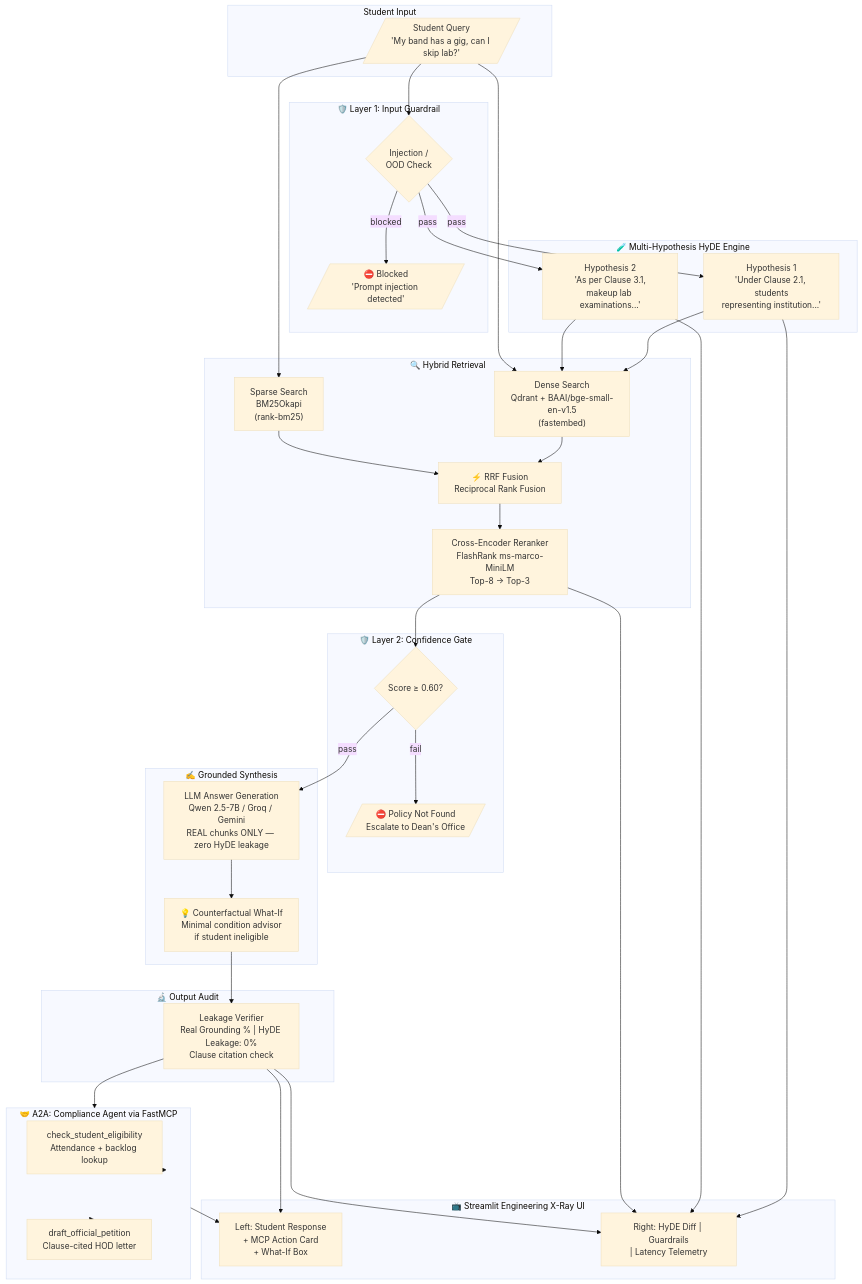
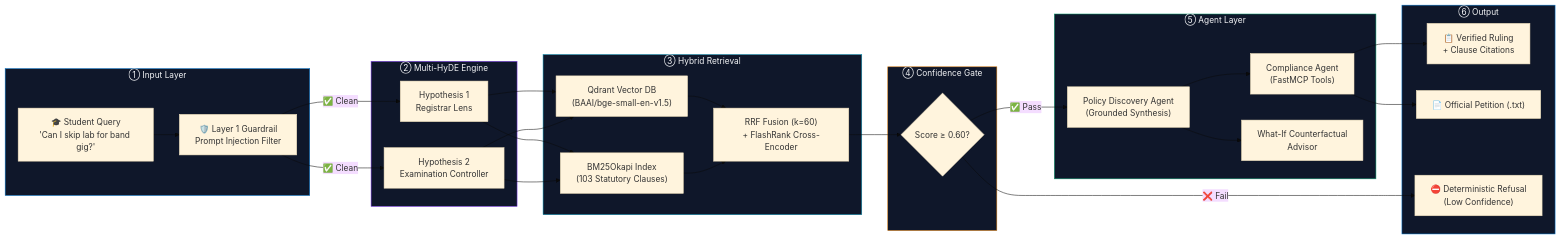
One commit to Sahitya3105/RIT-Campus-Policy-Discovery-Assistant changed the diagram in README.md. Above: the diagram before and after it, drawn with Mermaid (base theme). The commit also changed other lines of this file, not shown here.

````diff
--- a/README.md
+++ b/README.md
@@ -15,73 +28,57 @@
 ```mermaid
-flowchart TD
-    subgraph INPUT["Student Input"]
-        Q[/"Student Query\n'My band has a gig, can I skip lab?'"/]
+flowchart LR
+    subgraph INPUT["① Input Layer"]
+        U["🎓 Student Query\n'Can I skip lab for band gig?'"]
+        G1["🛡️ Layer 1 Guardrail\nPrompt Injection Filter"]
+        U --> G1
     end
 
-    subgraph GUARD1["🛡️ Layer 1: Input Guardrail"]
-        IG{Injection /\nOOD Check}
-        BLOCK1[/"⛔ Blocked\n'Prompt injection detected'"/]
+    subgraph HYDE["② Multi-HyDE Engine"]
+        H1["Hypothesis 1\nRegistrar Lens"]
+        H2["Hypothesis 2\nExamination Controller"]
+        G1 -->|"✅ Clean"| H1
+        G1 -->|"✅ Clean"| H2
     end
 
-    subgraph HYDE["🧪 Multi-Hypothesis HyDE Engine"]
-        H1["Hypothesis 1\n'Under Clause 2.1, students\nrepresenting institution...'"]
-        H2["Hypothesis 2\n'As per Clause 3.1,\nmakeup lab examinations...'"]
+    subgraph RETRIEVAL["③ Hybrid Retrieval"]
+        V["Qdrant Vector DB\n(BAAI/bge-small-en-v1.5)"]
+        B["BM25Okapi Index\n(103 Statutory Clauses)"]
+        RRF["RRF Fusion (k=60)\n+ FlashRank Cross-Encoder"]
+        H1 --> V
+        H2 --> V
+        H1 --> B
+        H2 --> B
+        V --> RRF
+        B --> RRF
     end
 
-    subgraph HYBRID["🔍 Hybrid Retrieval"]
-        DE["Dense Search\nQdrant + BAAI/bge-small-en-v1.5\n(fastembed)"]
-        SP["Sparse Search\nBM25Okapi\n(rank-bm25)"]
-        RRF["⚡ RRF Fusion\nReciprocal Rank Fusion"]
-        CE["Cross-Encoder Reranker\nFlashRank ms-marco-MiniLM\nTop-8 → Top-3"]
+    subgraph GATE["④ Confidence Gate"]
+        CG{"Score ≥ 0.60?"}
+        RRF --> CG
     end
 
-    subgraph GUARD2["🛡️ Layer 2: Confidence Gate"]
-        CG{Score ≥ 0.60?}
-        BLOCK2[/"⛔ Policy Not Found\nEscalate to Dean's Office"/]
+    subgraph AGENT["⑤ Agent Layer"]
+        PA["Policy Discovery Agent\n(Grounded Synthesis)"]
+        CA["Compliance Agent\n(FastMCP Tools)"]
+        WI["What-If Counterfactual\nAdvisor"]
+        CG -->|"✅ Pass"| PA
+        PA --> CA
+        PA --> WI
     end
 
-    subgraph SYNTHESIS["✍️ Grounded Synthesis"]
-        SY["LLM Answer Generation\nQwen 2.5-7B / Groq / Gemini\nREAL chunks ONLY — zero HyDE leakage"]
-        CF["💡 Counterfactual What-If\nMinimal condition advisor\nif student ineligible"]
+    subgraph OUTPUT["⑥ Output"]
+        ANS["📋 Verified Ruling\n+ Clause Citations"]
+        PET["📄 Official Petition (.txt)"]
+        REF["⛔ Deterministic Refusal\n(Low Confidence)"]
+        CA --> ANS
+        CA --> PET
+        CG -->|"❌ Fail"| REF
     end
 
-    subgraph AUDIT["🔬 Output Audit"]
-        OA["Leakage Verifier\nReal Grounding % | HyDE Leakage: 0%\nClause citation check"]
-    end
-
-    subgraph A2A["🤝 A2A: Compliance Agent via FastMCP"]
-        CE2["check_student_eligibility\nAttendance + backlog lookup"]
-        DP["draft_official_petition\nClause-cited HOD letter"]
-    end
-
-    subgraph UI["📺 Streamlit Engineering X-Ray UI"]
-        L["Left: Student Response\n+ MCP Action Card\n+ What-If Box"]
-        R["Right: HyDE Diff | Guardrails\n| Latency Telemetry"]
-    end
-
-    Q --> IG
-    IG -->|blocked| BLOCK1
-    IG -->|pass| H1
-    IG -->|pass| H2
-    H1 --> DE
-    H2 --> DE
-    Q --> DE
-    Q --> SP
-    DE --> RRF
-    SP --> RRF
-    RRF --> CE
-    CE --> CG
-    CG -->|fail| BLOCK2
-    CG -->|pass| SY
-    SY --> CF
-    CF --> OA
-    OA --> A2A
-    A2A --> CE2
-    A2A --> DP
-    OA --> L
-    A2A --> L
-    H1 --> R
-    H2 --> R
-    CE --> R
-    OA --> R
+    style INPUT fill:#0f172a,stroke:#0076CE,color:#F3F4F6
+    style HYDE fill:#0f172a,stroke:#7c3aed,color:#F3F4F6
+    style RETRIEVAL fill:#0f172a,stroke:#0891b2,color:#F3F4F6
+    style GATE fill:#0f172a,stroke:#d97706,color:#F3F4F6
+    style AGENT fill:#0f172a,stroke:#059669,color:#F3F4F6
+    style OUTPUT fill:#0f172a,stroke:#0076CE,color:#F3F4F6
 ```
````
